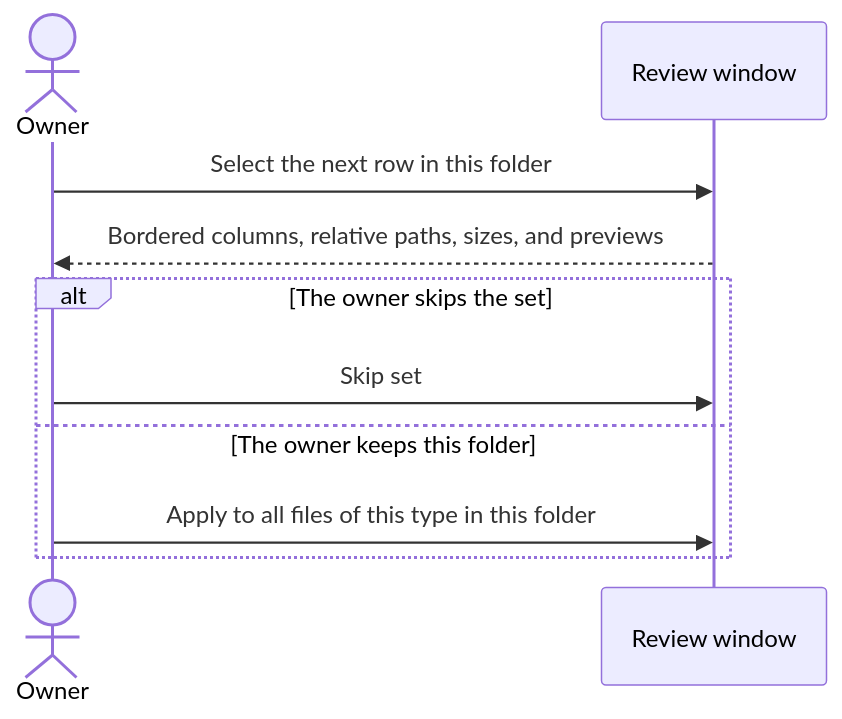
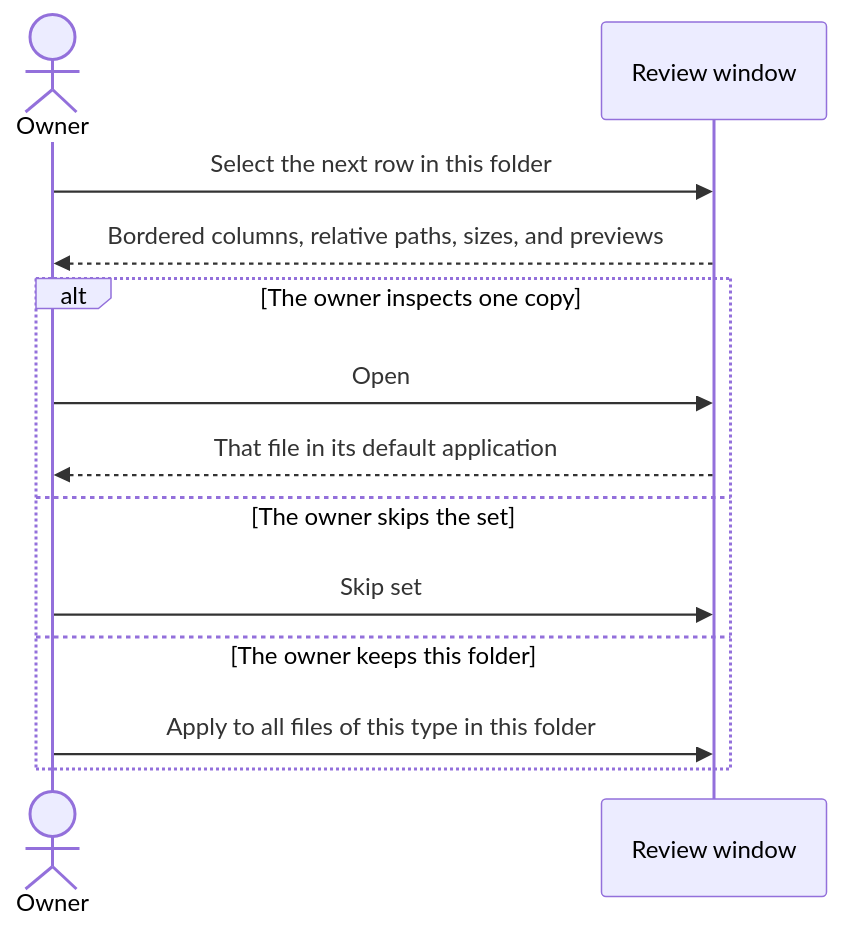
Before and after one commit to cionz0/hdsort: the fourth of 9 diagrams in docs/architecture.md, drawn with Mermaid. The commit also changed other lines of this file and 12 other files, not shown here.

Commit message:
Open a copy in the default application without recording a decision.

````diff
--- a/docs/architecture.md
+++ b/docs/architecture.md
@@ -93,12 +93,15 @@
 ```mermaid
 sequenceDiagram
   actor Owner
   participant Window as Review window
   Owner->>Window: Select the next row in this folder
   Window-->>Owner: Bordered columns, relative paths, sizes, and previews
-  alt The owner skips the set
+  alt The owner inspects one copy
+    Owner->>Window: Open
+    Window-->>Owner: That file in its default application
+  else The owner skips the set
     Owner->>Window: Skip set
   else The owner keeps this folder
     Owner->>Window: Apply to all files of this type in this folder
   end
 ```
````
